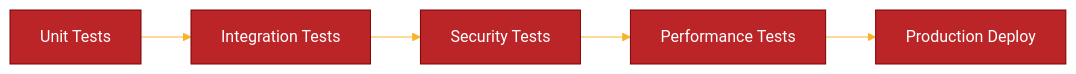
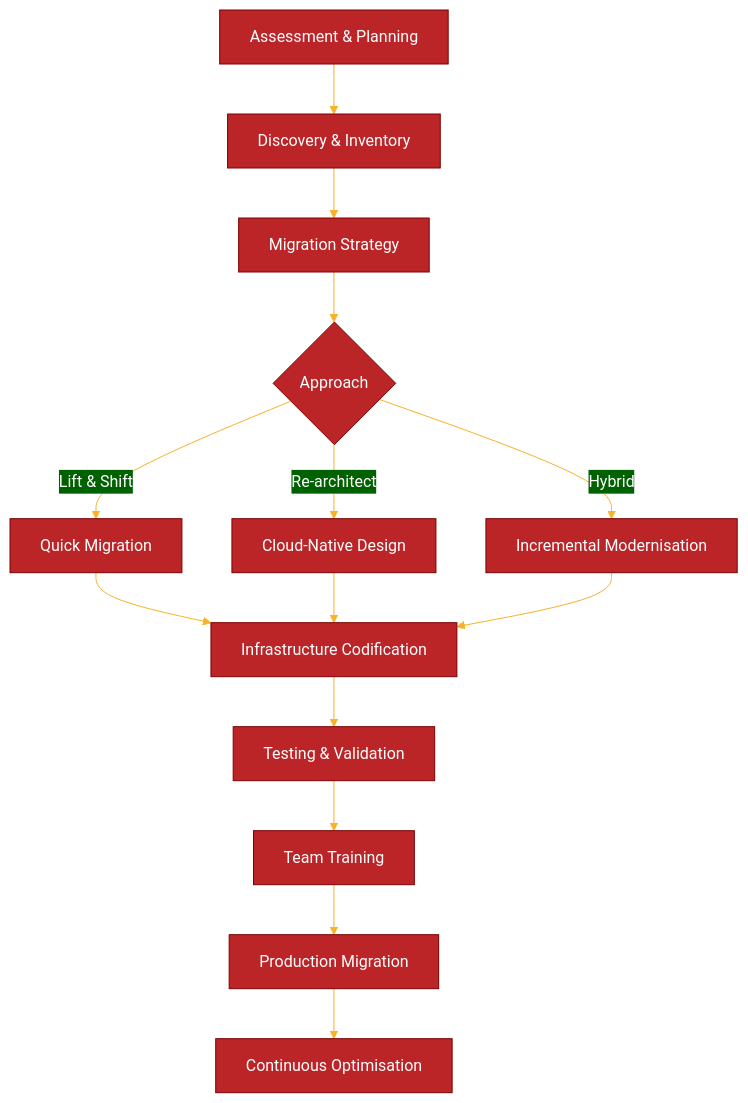
One commit to Geonitab/architecture_as_code changed the diagram in docs/images/diagram_18_kapitel16.mmd. Above: the diagram before and after it, drawn with Mermaid. The commit also changed 2 other files, not shown here.

```diff
--- a/docs/images/diagram_18_kapitel16.mmd
+++ b/docs/images/diagram_18_kapitel16.mmd
@@ -1,16 +1,25 @@
 ---
 config:
   theme: 'base'
   themeVariables:
     primaryColor: '#BB2528'
     primaryTextColor: '#fff'
     primaryBorderColor: '#7C0000'
     lineColor: '#F8B229'
     secondaryColor: '#006100'
     tertiaryColor: '#fff'
 ---
-graph LR
-    A[Unit Tests] --> B[Integration Tests]
-    B --> C[Security Tests]
-    C --> D[Performance Tests]
-    D --> E[Production Deploy]
+graph TB
+    A[Assessment & Planning] --> B[Discovery & Inventory]
+    B --> C[Migration Strategy]
+    C --> D{Approach}
+    D -->|Lift & Shift| E[Quick Migration]
+    D -->|Re-architect| F[Cloud-Native Design]
+    D -->|Hybrid| G[Incremental Modernisation]
+    E --> H[Infrastructure Codification]
+    F --> H
+    G --> H
+    H --> I[Testing & Validation]
+    I --> J[Team Training]
+    J --> K[Production Migration]
+    K --> L[Continuous Optimisation]
```
